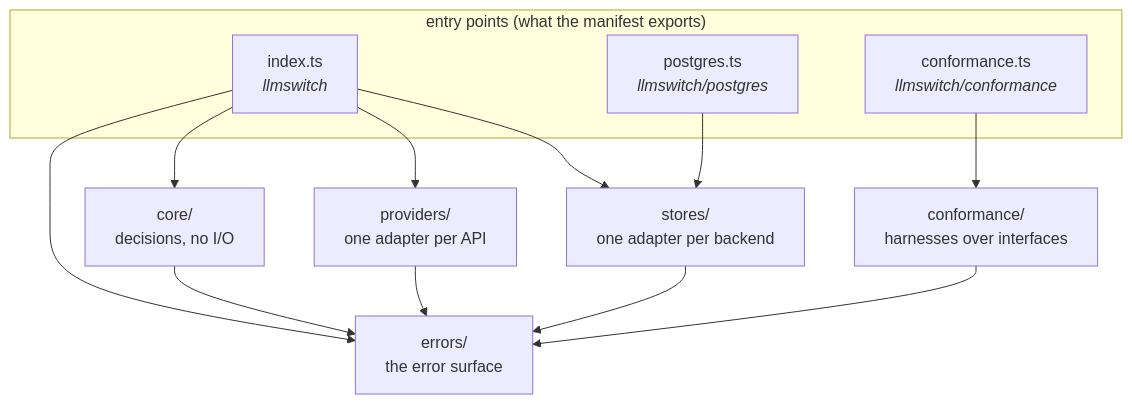
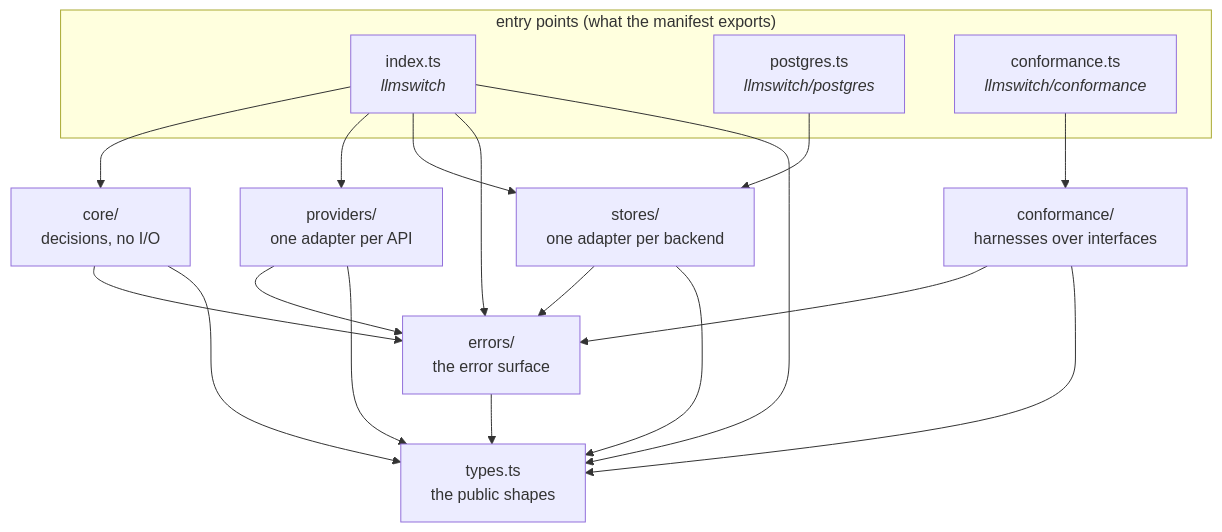
One commit to parvezrob/llmdispatch changed the diagram in docs/architecture.md. Above: the diagram before and after it, drawn with Mermaid. The commit also changed other lines of this file and 46 other files, not shown here.

````diff
--- a/docs/architecture.md
+++ b/docs/architecture.md
@@ -12,25 +12,32 @@
 ```mermaid
 graph TD
   subgraph entries["entry points (what the manifest exports)"]
     root["index.ts<br/><i>llmswitch</i>"]
     pg["postgres.ts<br/><i>llmswitch/postgres</i>"]
     conf["conformance.ts<br/><i>llmswitch/conformance</i>"]
   end
 
   core["core/<br/>decisions, no I/O"]
   providers["providers/<br/>one adapter per API"]
   stores["stores/<br/>one adapter per backend"]
   suites["conformance/<br/>harnesses over interfaces"]
   errors["errors/<br/>the error surface"]
+  types["types.ts<br/>the public shapes"]
 
   root --> core
   root --> providers
   root --> stores
   root --> errors
+  root --> types
   pg --> stores
   conf --> suites
   core --> errors
   providers --> errors
   stores --> errors
   suites --> errors
+  core --> types
+  providers --> types
+  stores --> types
+  suites --> types
+  errors --> types
 ```
````
